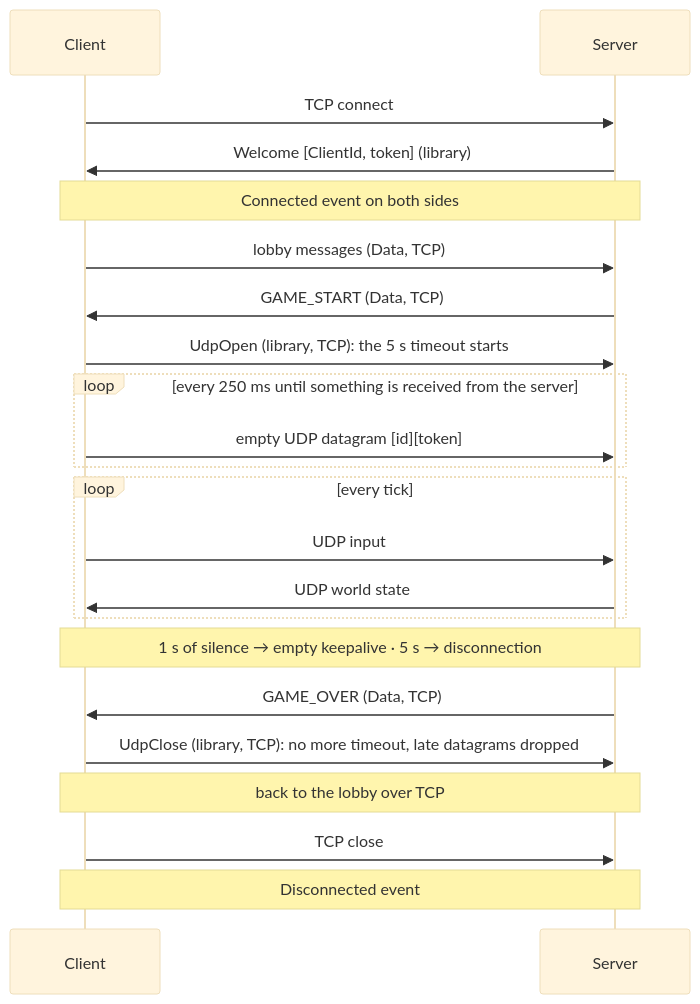
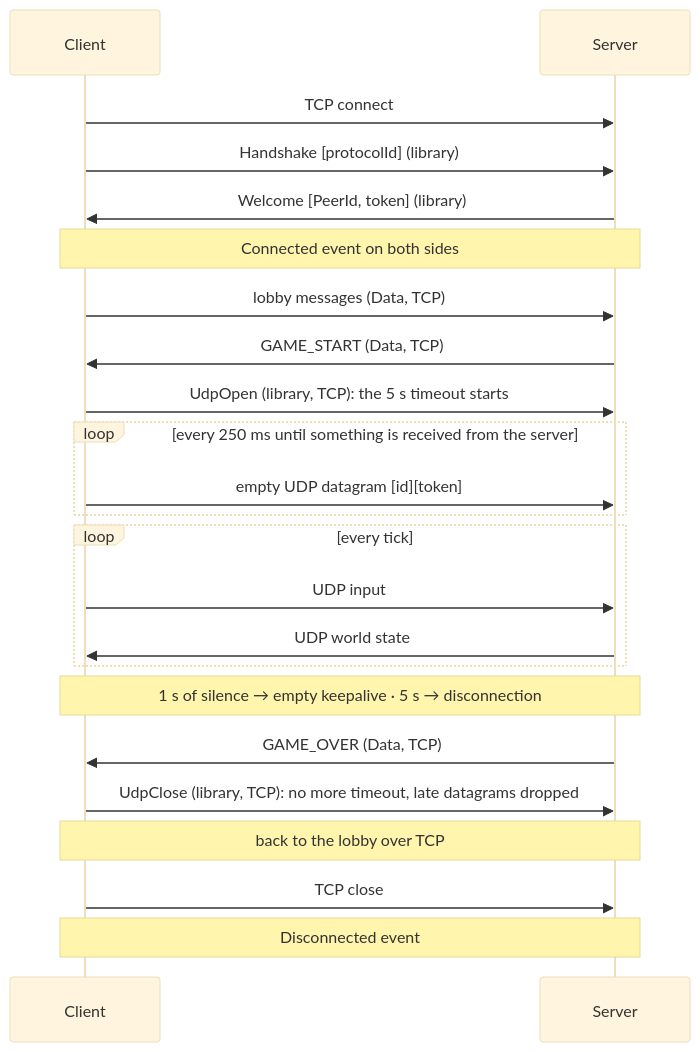
Before and after one commit to Matt4401/Mirror-Rtype: the third of 4 diagrams in docs/architecture/client-server.md, drawn with Mermaid (base theme). The commit also changed other lines of this file and 18 other files, not shown here.

````diff
--- a/docs/architecture/client-server.md
+++ b/docs/architecture/client-server.md
@@ -218,24 +216,25 @@
 ```mermaid
 sequenceDiagram
     participant C as Client
     participant S as Server
-    C->>S: TCP connect
-    S->>C: Welcome [ClientId, token] (library)
-    Note over C,S: Connected event on both sides
-    C->>S: lobby messages (Data, TCP)
-    S->>C: GAME_START (Data, TCP)
-    C->>S: UdpOpen (library, TCP): the 5 s timeout starts
+    C ->> S: TCP connect
+    C ->> S: Handshake [protocolId] (library)
+    S ->> C: Welcome [PeerId, token] (library)
+    Note over C, S: Connected event on both sides
+    C ->> S: lobby messages (Data, TCP)
+    S ->> C: GAME_START (Data, TCP)
+    C ->> S: UdpOpen (library, TCP): the 5 s timeout starts
     loop every 250 ms until something is received from the server
-        C->>S: empty UDP datagram [id][token]
+        C ->> S: empty UDP datagram [id][token]
     end
     loop every tick
-        C->>S: UDP input
-        S->>C: UDP world state
+        C ->> S: UDP input
+        S ->> C: UDP world state
     end
-    Note over C,S: 1 s of silence → empty keepalive · 5 s → disconnection
-    S->>C: GAME_OVER (Data, TCP)
-    C->>S: UdpClose (library, TCP): no more timeout, late datagrams dropped
-    Note over C,S: back to the lobby over TCP
-    C->>S: TCP close
-    Note over C,S: Disconnected event
+    Note over C, S: 1 s of silence → empty keepalive · 5 s → disconnection
+    S ->> C: GAME_OVER (Data, TCP)
+    C ->> S: UdpClose (library, TCP): no more timeout, late datagrams dropped
+    Note over C, S: back to the lobby over TCP
+    C ->> S: TCP close
+    Note over C, S: Disconnected event
 ```
````
